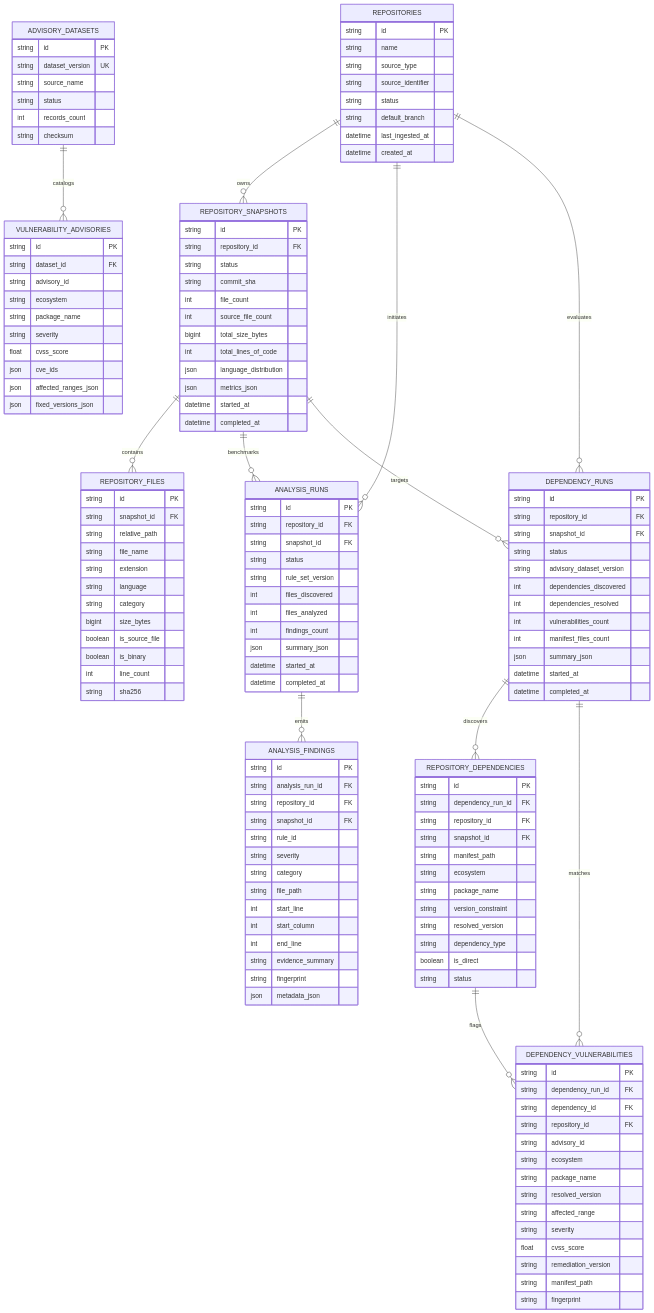
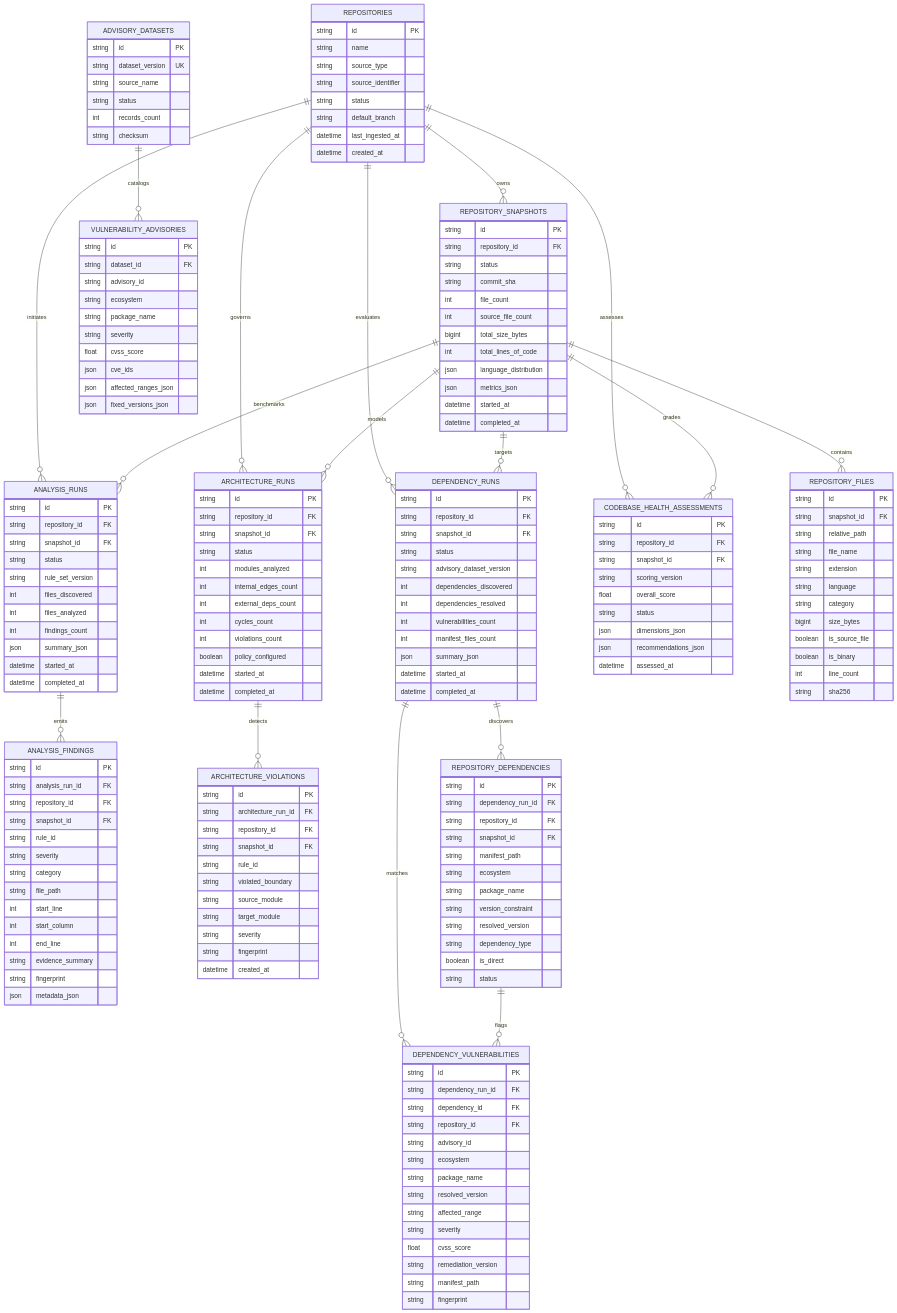
One commit to Akhil-Bansal17/CodeSentinel-AI changed the fourth of 5 diagrams in README.md. Above: the diagram before and after it, drawn with Mermaid. The commit also changed other lines of this file, not shown here.

Commit message:
docs: update README with Phase 5 feature matrix, coupling formulas, ER diagram, and testing guidelines

````diff
--- a/README.md
+++ b/README.md
@@ -522,12 +532,17 @@
     REPOSITORIES ||--o{ REPOSITORY_SNAPSHOTS : "owns"
     REPOSITORIES ||--o{ ANALYSIS_RUNS : "initiates"
     REPOSITORIES ||--o{ DEPENDENCY_RUNS : "evaluates"
+    REPOSITORIES ||--o{ ARCHITECTURE_RUNS : "governs"
+    REPOSITORIES ||--o{ CODEBASE_HEALTH_ASSESSMENTS : "assesses"
 
     REPOSITORY_SNAPSHOTS ||--o{ REPOSITORY_FILES : "contains"
     REPOSITORY_SNAPSHOTS ||--o{ ANALYSIS_RUNS : "benchmarks"
     REPOSITORY_SNAPSHOTS ||--o{ DEPENDENCY_RUNS : "targets"
+    REPOSITORY_SNAPSHOTS ||--o{ ARCHITECTURE_RUNS : "models"
+    REPOSITORY_SNAPSHOTS ||--o{ CODEBASE_HEALTH_ASSESSMENTS : "grades"
 
     ANALYSIS_RUNS ||--o{ ANALYSIS_FINDINGS : "emits"
+    ARCHITECTURE_RUNS ||--o{ ARCHITECTURE_VIOLATIONS : "detects"
 
     ADVISORY_DATASETS ||--o{ VULNERABILITY_ADVISORIES : "catalogs"
 
@@ -675,4 +690,45 @@
         string manifest_path
         string fingerprint
     }
+
+    ARCHITECTURE_RUNS {
+        string id PK
+        string repository_id FK
+        string snapshot_id FK
+        string status
+        int modules_analyzed
+        int internal_edges_count
+        int external_deps_count
+        int cycles_count
+        int violations_count
+        boolean policy_configured
+        datetime started_at
+        datetime completed_at
+    }
+
+    ARCHITECTURE_VIOLATIONS {
+        string id PK
+        string architecture_run_id FK
+        string repository_id FK
+        string snapshot_id FK
+        string rule_id
+        string violated_boundary
+        string source_module
+        string target_module
+        string severity
+        string fingerprint
+        datetime created_at
+    }
+
+    CODEBASE_HEALTH_ASSESSMENTS {
+        string id PK
+        string repository_id FK
+        string snapshot_id FK
+        string scoring_version
+        float overall_score
+        string status
+        json dimensions_json
+        json recommendations_json
+        datetime assessed_at
+    }
 ```
````
